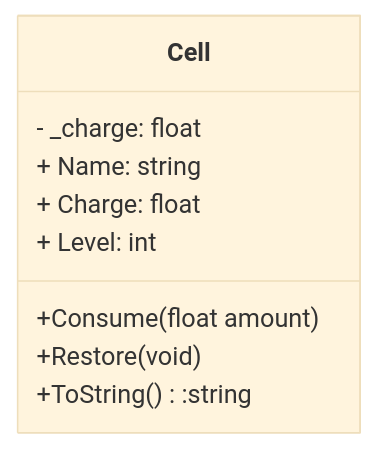
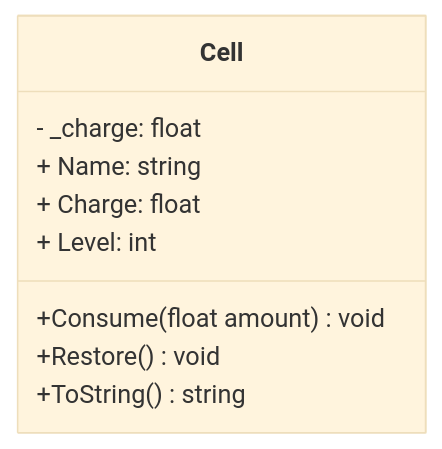
One commit to kirinlyraotawork-ai/LP1Semana07 changed the diagram in PowerCell/README.md. Above: the diagram before and after it, drawn with Mermaid (base theme).

Commit message:
LAst last last commit, I promise

````diff
--- a/PowerCell/README.md
+++ b/PowerCell/README.md
@@ -1,17 +1,19 @@
 ```mermaid
 classDiagram
     class Cell{
         - _charge: float
         + Name: string
         + Charge: float
         + Level: int
         
         
         
-        +Consume(float amount)
-        +Restore(void)
-        +ToString():string
+        +Consume(float amount) void
+        +Restore() void
+        +ToString() string
+
+        
     } 
     
 
 ```
````
